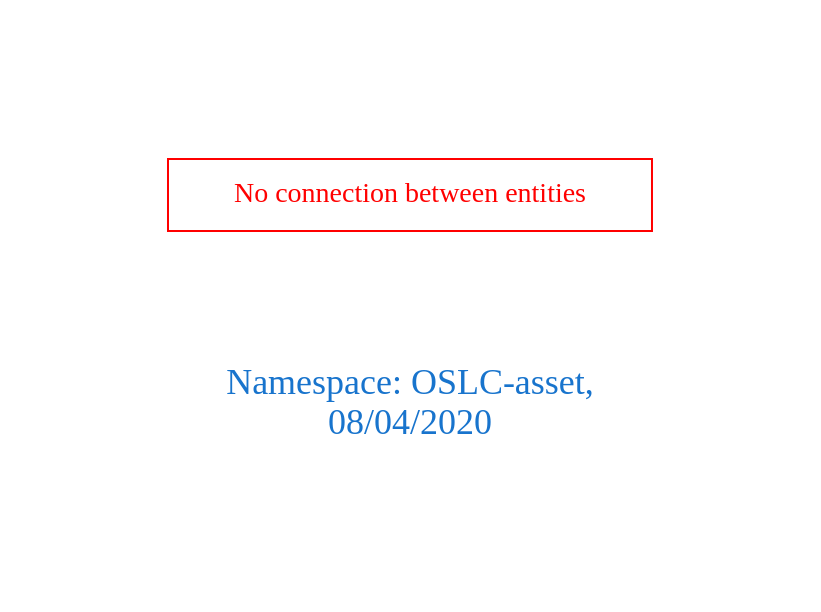
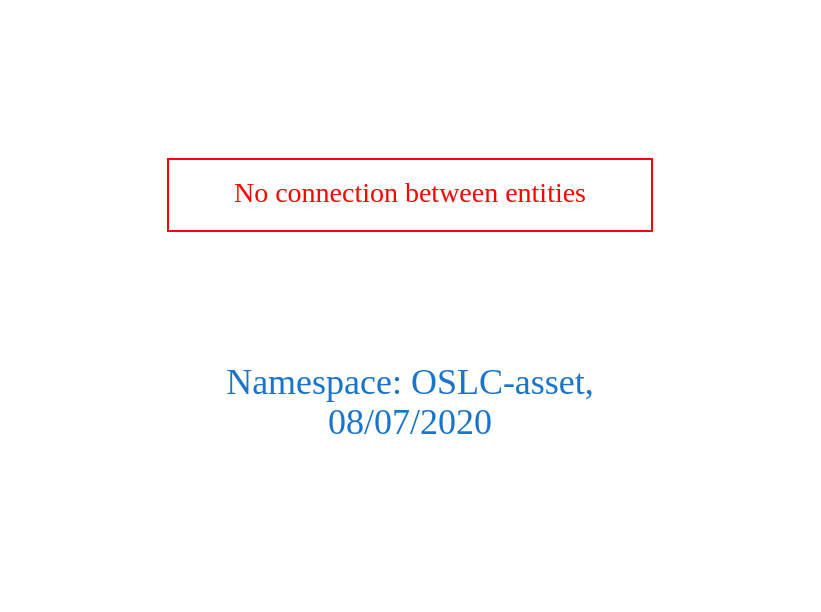
Before and after one commit to arago/OGIT: the diagram in downloads/OSLC-asset.dot, drawn with Graphviz. The commit also changed 1770 other files, not shown here.

```diff
--- a/downloads/OSLC-asset.dot
+++ b/downloads/OSLC-asset.dot
@@ -1,9 +1,9 @@
 digraph OGIT_ontology {
  graph [ rankdir= LR,pad=1 
 fontsize = 18,
-fontcolor= dodgerblue3,label = "\n\n\nNamespace: OSLC-asset, \n 08/04/2020"];
+fontcolor= dodgerblue3,label = "\n\n\nNamespace: OSLC-asset, \n 08/07/2020"];
 node[shape=polygon];
 edge [  color="gray81"];
 
 "No connection between entities" [fontcolor = "red",color="red", shape="polygon"]
 }
```
